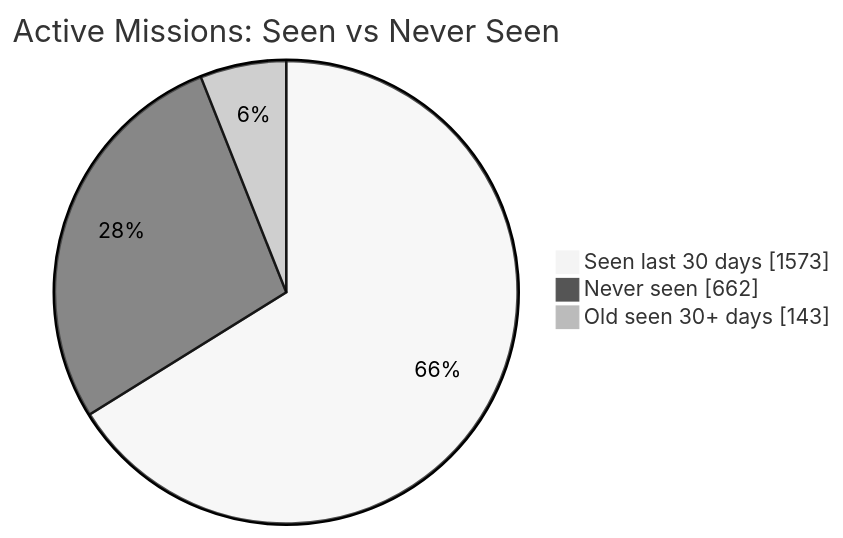
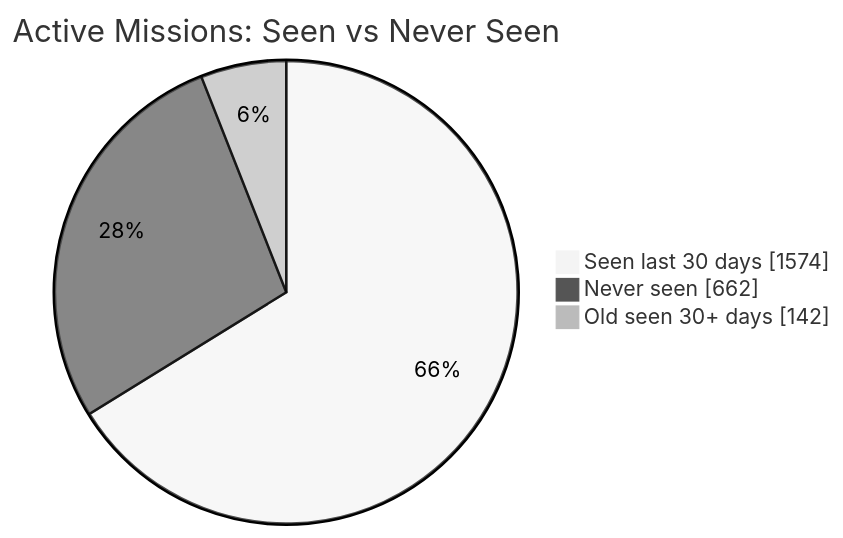
One commit to MeldkamerspelGameTeam/active-missions changed the first of 2 diagrams in README.md. Above: the diagram before and after it, drawn with Mermaid (neutral theme). The commit also changed other lines of this file and 2 other files, not shown here.

````diff
--- a/README.md
+++ b/README.md
@@ -34,7 +34,7 @@
 ```mermaid
 pie showData
     title Active Missions: Seen vs Never Seen
-    "Seen last 30 days" : 1573
+    "Seen last 30 days" : 1574
     "Never seen" : 662
-    "Old seen 30+ days" : 143
+    "Old seen 30+ days" : 142
 ```
````
